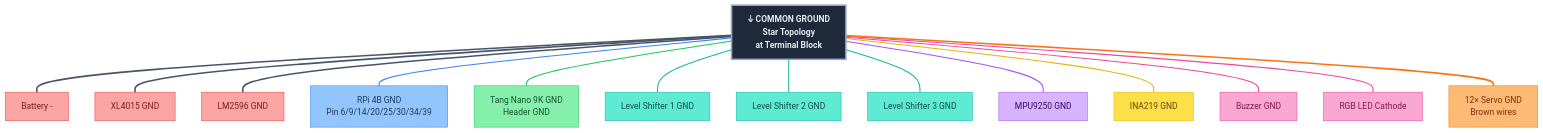
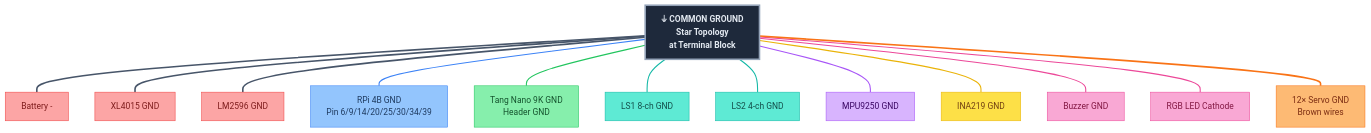
One commit to Major-Project-001/VIGIL-RQ changed the second of 2 diagrams in control/docs/wiring_reference.md. Above: the diagram before and after it, drawn with Mermaid. The commit also changed other lines of this file and 3 other files, not shown here.

````diff
--- a/control/docs/wiring_reference.md
+++ b/control/docs/wiring_reference.md
@@ -51,53 +51,51 @@
 ```mermaid
 graph TB
     classDef gnd fill:#475569,stroke:#334155,color:#fff,font-weight:bold
     classDef rpiPin fill:#93c5fd,stroke:#3b82f6,color:#1e3a5f
     classDef fpgaPin fill:#86efac,stroke:#22c55e,color:#14532d
     classDef lsPin fill:#5eead4,stroke:#14b8a6,color:#134e4a
     classDef servoPin fill:#fdba74,stroke:#f97316,color:#7c2d12
     classDef imuPin fill:#d8b4fe,stroke:#a855f7,color:#3b0764
     classDef inaPin fill:#fde047,stroke:#eab308,color:#713f12
     classDef alertPin fill:#f9a8d4,stroke:#ec4899,color:#831843
     classDef powerPin fill:#fca5a5,stroke:#ef4444,color:#7f1d1d
 
     GND_STAR["⏚ COMMON GROUND<br/>Star Topology<br/>at Terminal Block"]:::gnd
 
     BAT_G["Battery -"]:::powerPin
     BUCKS_G["XL4015 GND"]:::powerPin
     BUCKL_G["LM2596 GND"]:::powerPin
     RPI_G["RPi 4B GND<br/>Pin 6/9/14/20/25/30/34/39"]:::rpiPin
     FPGA_G["Tang Nano 9K GND<br/>Header GND"]:::fpgaPin
-    LS1_G["Level Shifter 1 GND"]:::lsPin
-    LS2_G["Level Shifter 2 GND"]:::lsPin
-    LS3_G["Level Shifter 3 GND"]:::lsPin
+    LS1_G["LS1 8-ch GND"]:::lsPin
+    LS2_G["LS2 4-ch GND"]:::lsPin
     IMU_G["MPU9250 GND"]:::imuPin
     INA_G["INA219 GND"]:::inaPin
     BUZ_G["Buzzer GND"]:::alertPin
     RGB_G["RGB LED Cathode"]:::alertPin
     SERVO_G["12× Servo GND<br/>Brown wires"]:::servoPin
 
     GND_STAR --- BAT_G
     GND_STAR --- BUCKS_G
     GND_STAR --- BUCKL_G
     GND_STAR --- RPI_G
     GND_STAR --- FPGA_G
     GND_STAR --- LS1_G
     GND_STAR --- LS2_G
-    GND_STAR --- LS3_G
     GND_STAR --- IMU_G
     GND_STAR --- INA_G
     GND_STAR --- BUZ_G
     GND_STAR --- RGB_G
     GND_STAR --- SERVO_G
 
     linkStyle 0,1,2 stroke:#475569,stroke-width:3px
     linkStyle 3 stroke:#3b82f6,stroke-width:2px
     linkStyle 4 stroke:#22c55e,stroke-width:2px
-    linkStyle 5,6,7 stroke:#14b8a6,stroke-width:2px
-    linkStyle 8 stroke:#a855f7,stroke-width:2px
-    linkStyle 9 stroke:#eab308,stroke-width:2px
-    linkStyle 10,11 stroke:#ec4899,stroke-width:2px
-    linkStyle 12 stroke:#f97316,stroke-width:3px
+    linkStyle 5,6 stroke:#14b8a6,stroke-width:2px
+    linkStyle 7 stroke:#a855f7,stroke-width:2px
+    linkStyle 8 stroke:#eab308,stroke-width:2px
+    linkStyle 9,10 stroke:#ec4899,stroke-width:2px
+    linkStyle 11 stroke:#f97316,stroke-width:3px
 
     style GND_STAR fill:#1e293b,stroke:#94a3b8,color:#e2e8f0,stroke-width:3px
 ```
````
